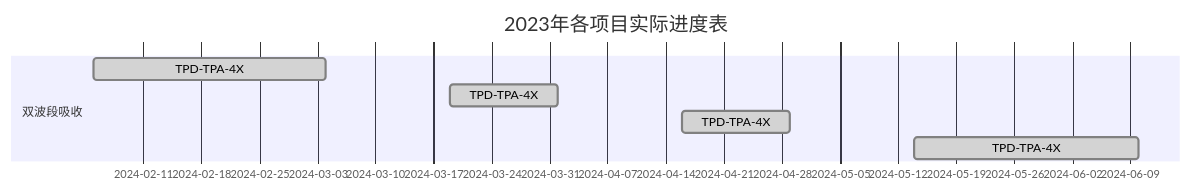
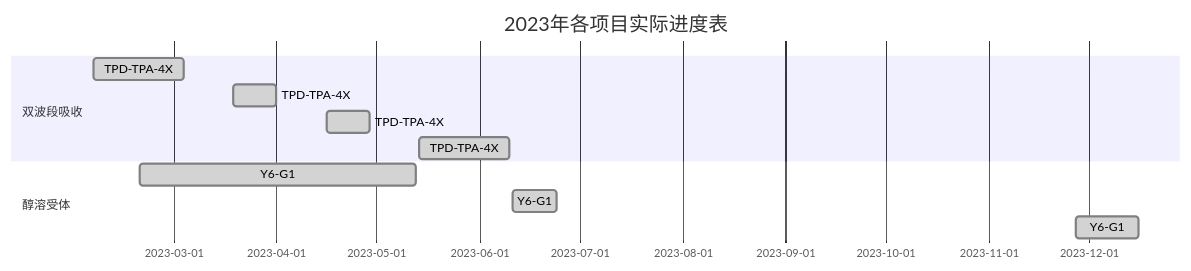
The diagram in blog/category1/gantt_weekly.md (qiao-ze/qiao-ze.github.io), drawn with Mermaid before and after one commit.

````diff
--- a/blog/category1/gantt_weekly.md
+++ b/blog/category1/gantt_weekly.md
@@ -17,16 +17,24 @@
 ```mermaid
  gantt
-     dateFormat  MM-DD
+     dateFormat  YY-MM-DD
      title 2023年各项目实际进度表
      section 双波段吸收
-     TPD-TPA-4X            :done,    des1, 02-05,03-04
-     TPD-TPA-4X            :done,    des2, 03-19,04-01
-     TPD-TPA-4X            :done,    des3, 04-16,04-29
-     TPD-TPA-4X            :done,    des4, 05-14,06-10
+     TPD-TPA-4X            :done,    des1, 23-02-05,23-03-04
+     TPD-TPA-4X            :done,    des2, 23-03-19,23-04-01
+     TPD-TPA-4X            :done,    des3, 23-04-16,23-04-29
+     TPD-TPA-4X            :done,    des4, 23-05-14,23-06-10
+
+     section 醇溶受体
+     Y6-G1            :done,    des1, 23-02-19,23-05-13
+     Y6-G1            :done,    des2, 23-06-11,23-06-24
+     Y6-G1            :done,    des3, 23-11-27,23-12-16
+
+
+  
     
  
      
      
  
      
 ```
````
